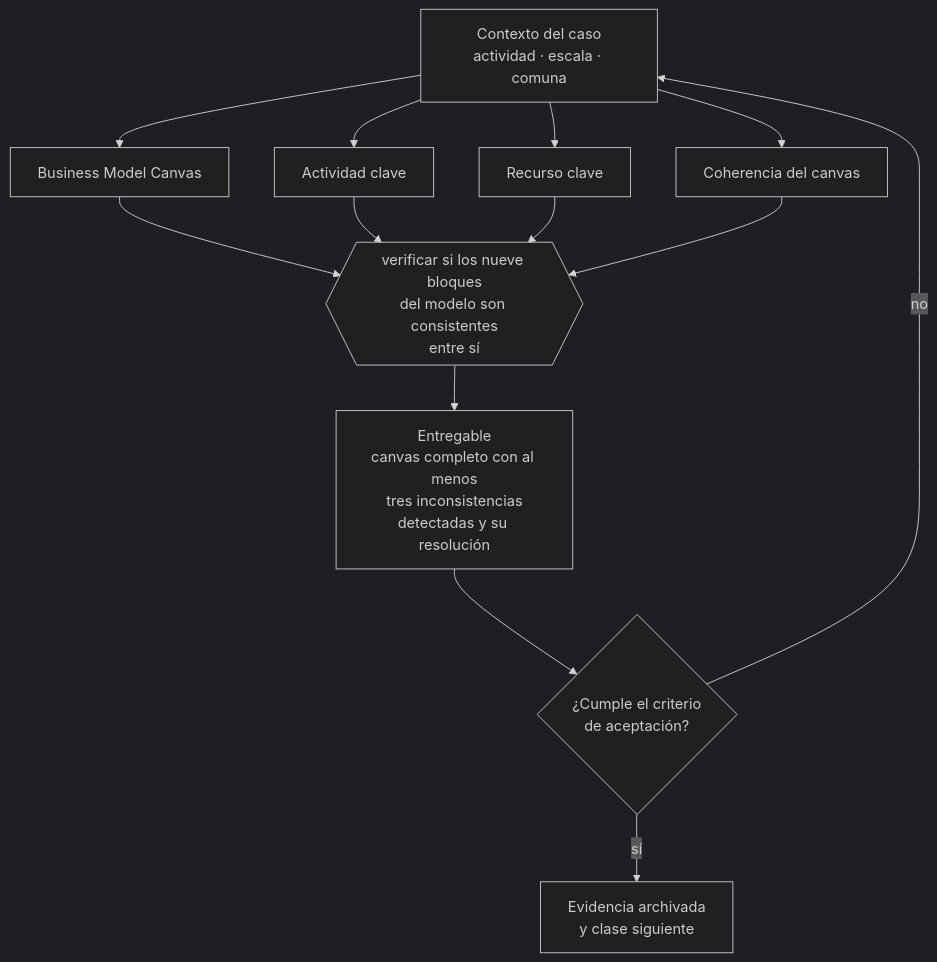
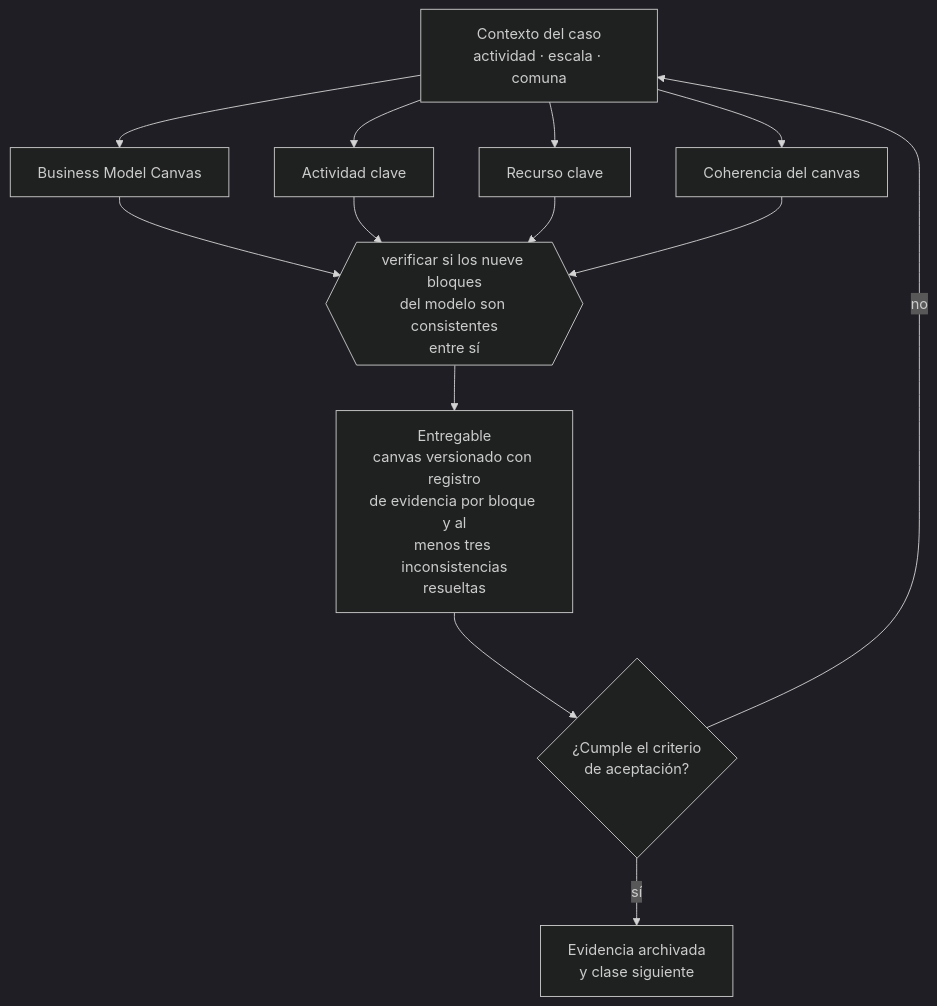
One commit to vladimiracunadev-create/modern-business-creation-program changed the diagram in curriculum/part-03-modelos-de-negocio-y-lineas-de-ingreso/class-01-business-model-canvas/README.md. Above: the diagram before and after it, drawn with Mermaid (dark theme). The commit also changed other lines of this file and 48 other files, not shown here.

````diff
--- a/curriculum/part-03-modelos-de-negocio-y-lineas-de-ingreso/class-01-business-model-canvas/README.md
+++ b/curriculum/part-03-modelos-de-negocio-y-lineas-de-ingreso/class-01-business-model-canvas/README.md
@@ -34,13 +34,13 @@
 ```mermaid
 flowchart TB
     C["Contexto del caso<br/>actividad · escala · comuna"]
     C --> A1["Business Model Canvas"]
     C --> A2["Actividad clave"]
     C --> A3["Recurso clave"]
     C --> A4["Coherencia del canvas"]
     A1 & A2 & A3 & A4 --> D{{"verificar si los nueve bloques<br/>del modelo son consistentes<br/>entre sí"}}
-    D --> E["Entregable<br/>canvas completo con al menos<br/>tres inconsistencias<br/>detectadas y su resolución"]
+    D --> E["Entregable<br/>canvas versionado con registro<br/>de evidencia por bloque y al<br/>menos tres inconsistencias<br/>resueltas"]
     E --> V{"¿Cumple el criterio<br/>de aceptación?"}
     V -->|sí| S["Evidencia archivada<br/>y clase siguiente"]
     V -->|no| C
 ```
````
